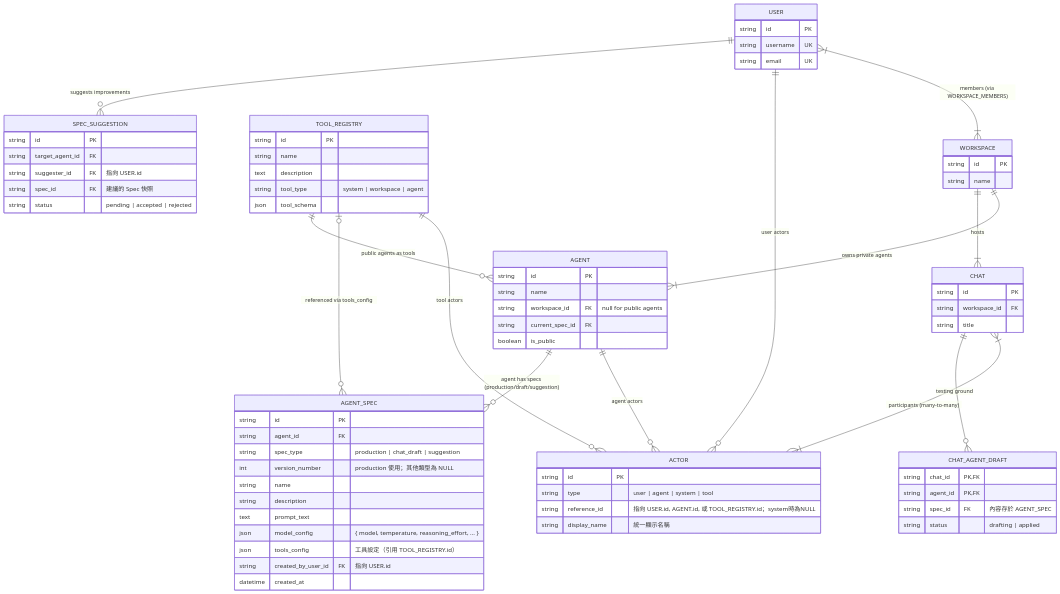
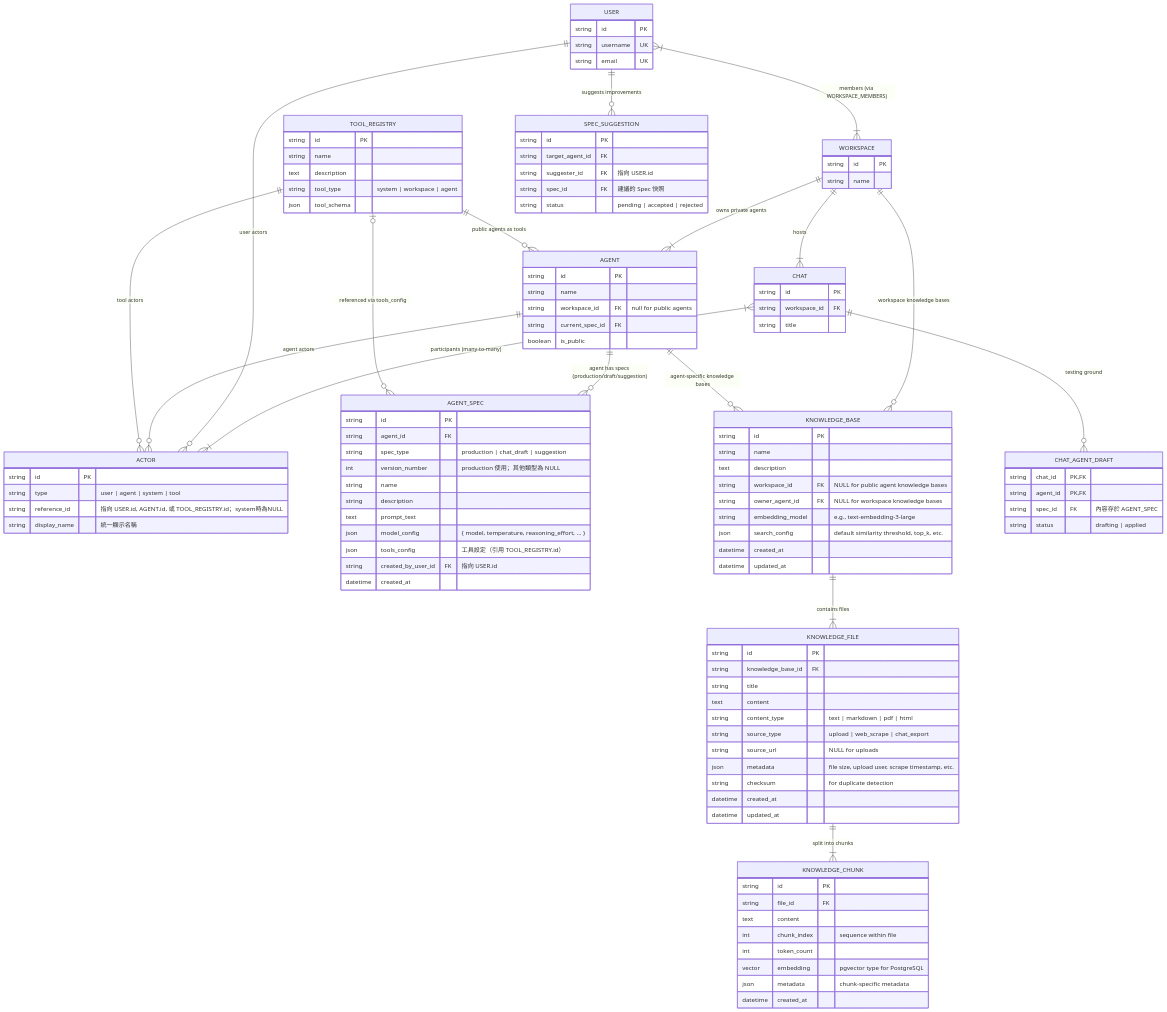
Before and after one commit to zhowzeng/v2-design-doc: the first of 8 diagrams in design_doc.md, drawn with Mermaid. The commit also changed other lines of this file, not shown here.

````diff
--- a/design_doc.md
+++ b/design_doc.md
@@ -92,6 +93,44 @@
         json tool_schema
     }
     
+    %% 知識庫系統
+    KNOWLEDGE_BASE {
+        string id PK
+        string name
+        text description
+        string workspace_id FK "NULL for public agent knowledge bases"
+        string owner_agent_id FK "NULL for workspace knowledge bases"
+        string embedding_model "e.g., text-embedding-3-large"
+        json search_config "default similarity threshold, top_k, etc."
+        datetime created_at
+        datetime updated_at
+    }
+    
+    KNOWLEDGE_FILE {
+        string id PK
+        string knowledge_base_id FK
+        string title
+        text content
+        string content_type "text | markdown | pdf | html"
+        string source_type "upload | web_scrape | chat_export"
+        string source_url "NULL for uploads"
+        json metadata "file size, upload user, scrape timestamp, etc."
+        string checksum "for duplicate detection"
+        datetime created_at
+        datetime updated_at
+    }
+    
+    KNOWLEDGE_CHUNK {
+        string id PK
+        string file_id FK
+        text content
+        int chunk_index "sequence within file"
+        int token_count
+        vector embedding "pgvector type for PostgreSQL"
+        json metadata "chunk-specific metadata"
+        datetime created_at
+    }
+    
     %% 協作機制
     CHAT_AGENT_DRAFT {
         string chat_id PK, FK
@@ -121,4 +160,10 @@
     TOOL_REGISTRY ||--o{ AGENT : "public agents as tools"
     CHAT ||--o{ CHAT_AGENT_DRAFT : "testing ground"
     USER ||--o{ SPEC_SUGGESTION : "suggests improvements"
+    
+    %% 知識庫關係
+    WORKSPACE ||--o{ KNOWLEDGE_BASE : "workspace knowledge bases"
+    AGENT ||--o{ KNOWLEDGE_BASE : "agent-specific knowledge bases"
+    KNOWLEDGE_BASE ||--|{ KNOWLEDGE_FILE : "contains files"
+    KNOWLEDGE_FILE ||--|{ KNOWLEDGE_CHUNK : "split into chunks"
 ```
````
